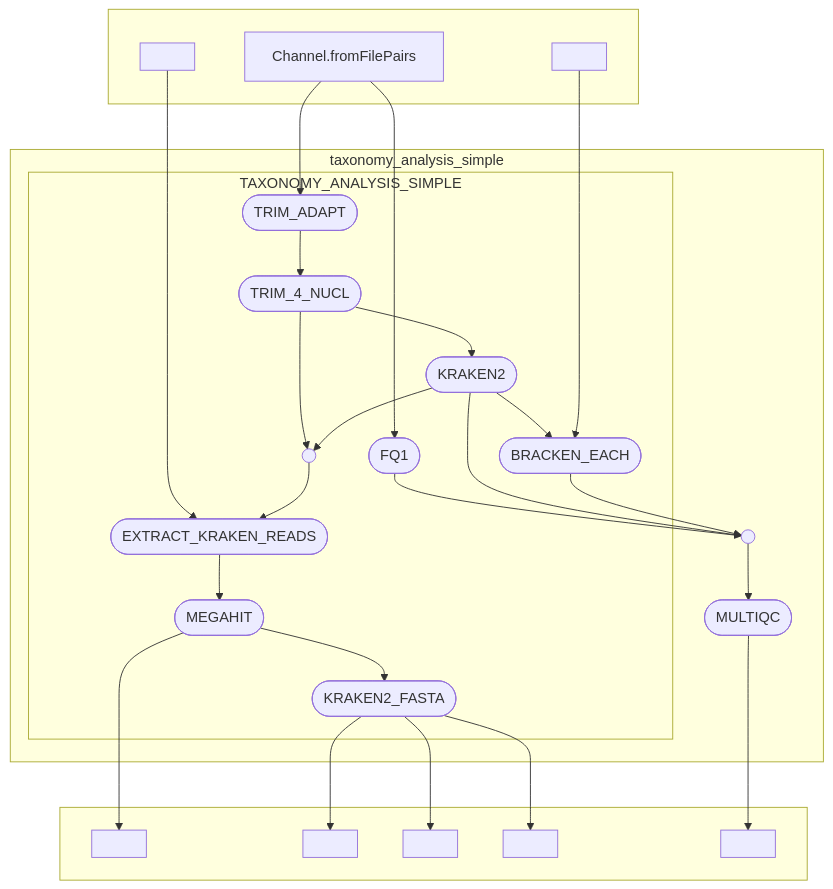
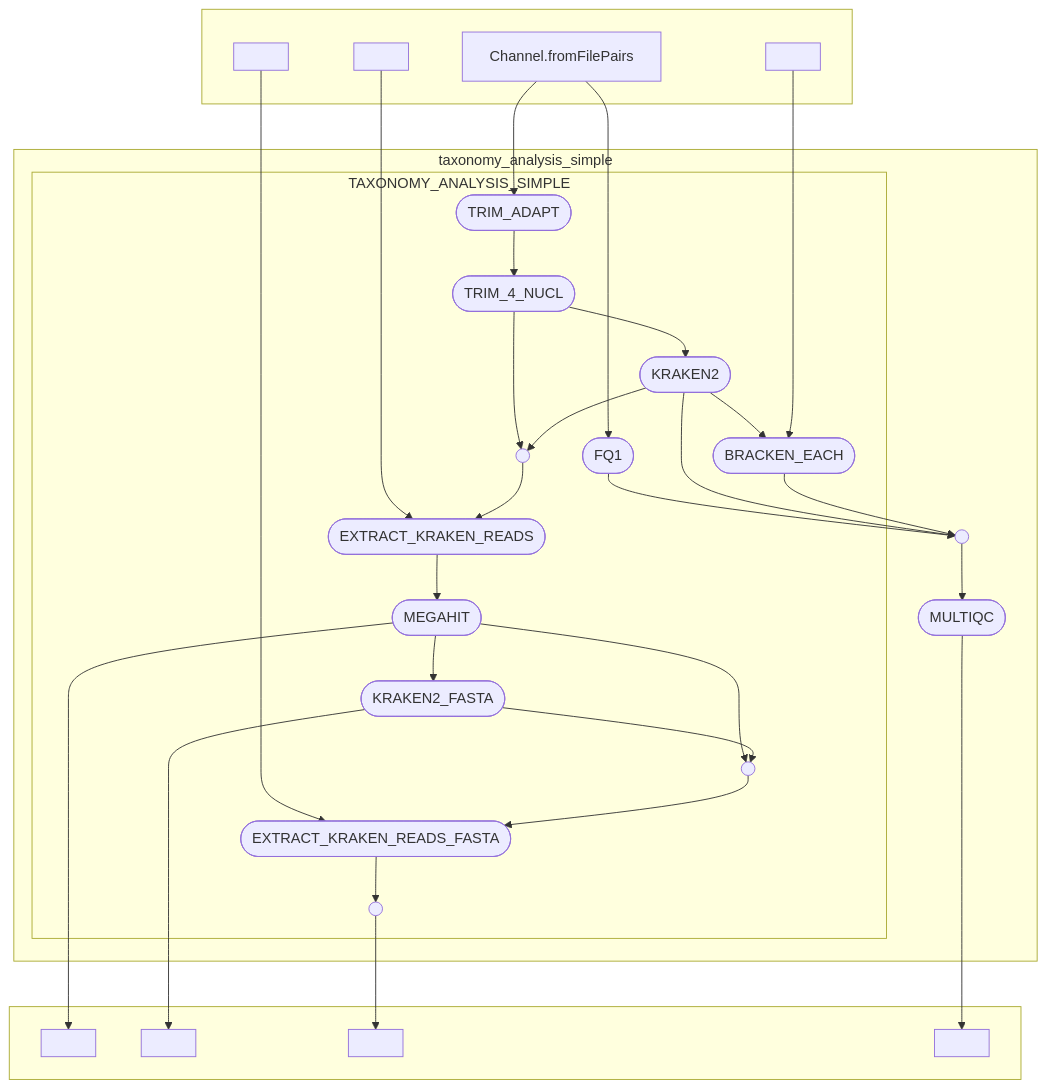
The diagram in dag.mmd (magletdinov/nextflow_projects), drawn with Mermaid before and after one commit. The commit also changed 6 other files, not shown here.

```diff
--- a/dag.mmd
+++ b/dag.mmd
@@ -1,49 +1,56 @@
 flowchart TB
     subgraph " "
     v0["Channel.fromFilePairs"]
     v5[" "]
     v9[" "]
+    v17[" "]
     end
     subgraph taxonomy_analysis_simple
     subgraph TAXONOMY_ANALYSIS_SIMPLE
     v1([FQ1])
     v2([TRIM_ADAPT])
     v3([TRIM_4_NUCL])
     v4([KRAKEN2])
     v6([BRACKEN_EACH])
     v10([EXTRACT_KRAKEN_READS])
     v11([MEGAHIT])
     v13([KRAKEN2_FASTA])
+    v18([EXTRACT_KRAKEN_READS_FASTA])
     v7(( ))
+    v15(( ))
+    v19(( ))
     end
-    v20([MULTIQC])
-    v17(( ))
+    v24([MULTIQC])
+    v21(( ))
     end
     subgraph " "
     v12[" "]
     v14[" "]
-    v15[" "]
-    v16[" "]
-    v21[" "]
+    v20[" "]
+    v25[" "]
     end
     v0 --> v1
     v0 --> v2
-    v1 --> v17
+    v1 --> v21
     v2 --> v3
     v3 --> v4
     v3 --> v7
     v4 --> v6
     v4 --> v7
-    v4 --> v17
+    v4 --> v21
     v5 --> v6
-    v6 --> v17
+    v6 --> v21
     v9 --> v10
     v7 --> v10
     v10 --> v11
     v11 --> v12
     v11 --> v13
-    v13 --> v16
+    v11 --> v15
+    v13 --> v14
     v13 --> v15
-    v13 --> v14
-    v17 --> v20
-    v20 --> v21
+    v17 --> v18
+    v15 --> v18
+    v18 --> v19
+    v19 --> v20
+    v21 --> v24
+    v24 --> v25
```
